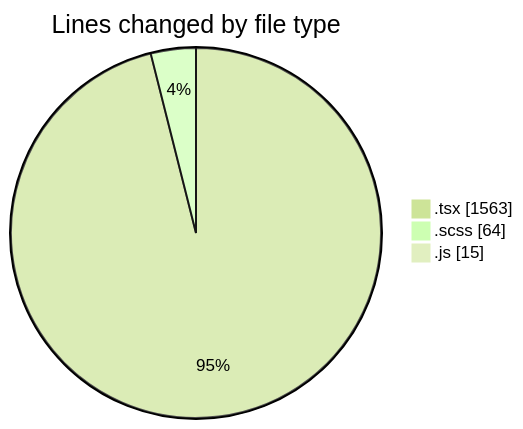
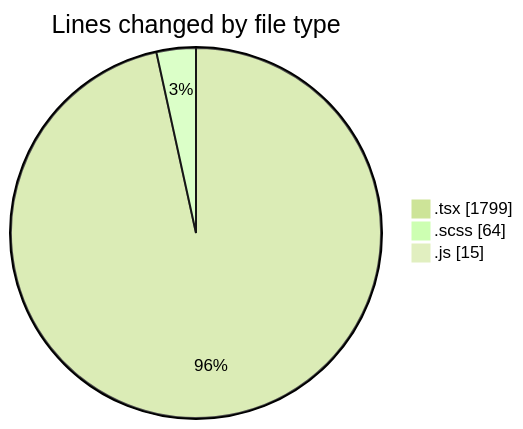
Before and after one commit to momahboobian/code-tracking: the first of 2 diagrams in 2025-06-16/cda/README.md, drawn with Mermaid (forest theme). The commit also changed other lines of this file and 1 other file, not shown here.

````diff
--- a/2025-06-16/cda/README.md
+++ b/2025-06-16/cda/README.md
@@ -24,7 +25,7 @@
 ```mermaid
 pie showData
 title Lines changed by file type
-".tsx" : 1563
+".tsx" : 1799
 ".scss" : 64
 ".js" : 15
 ```
````
